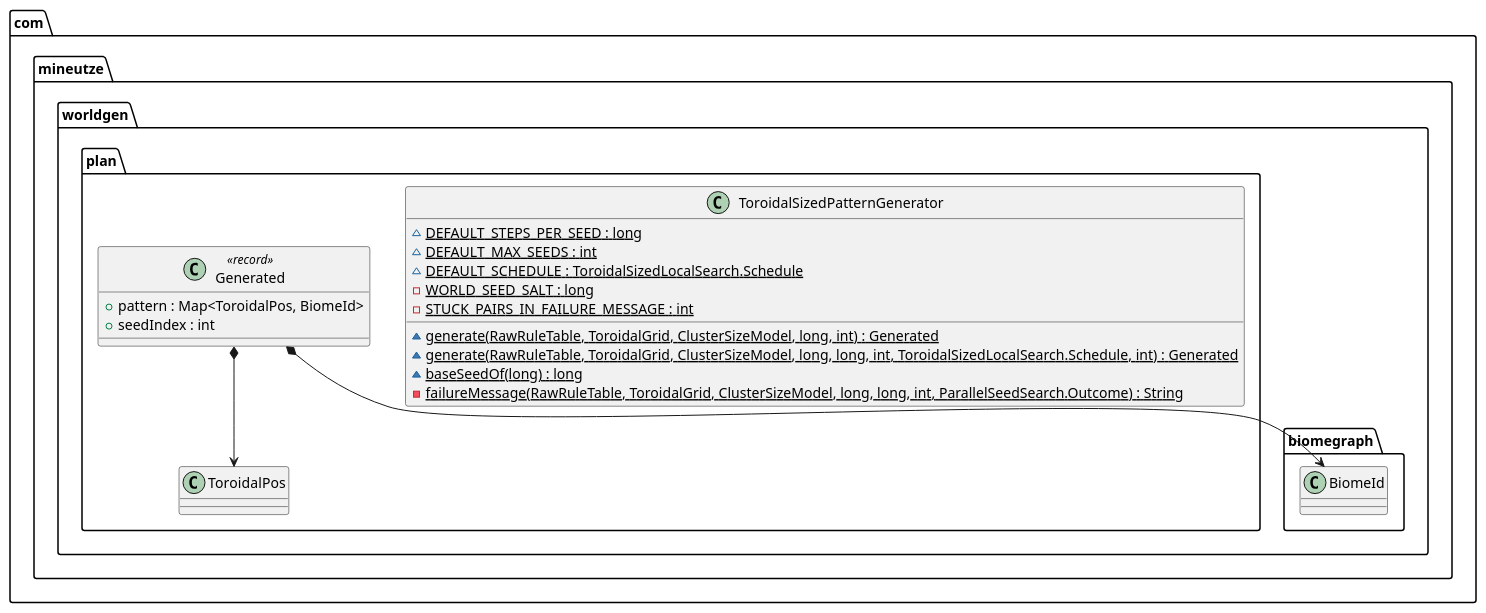
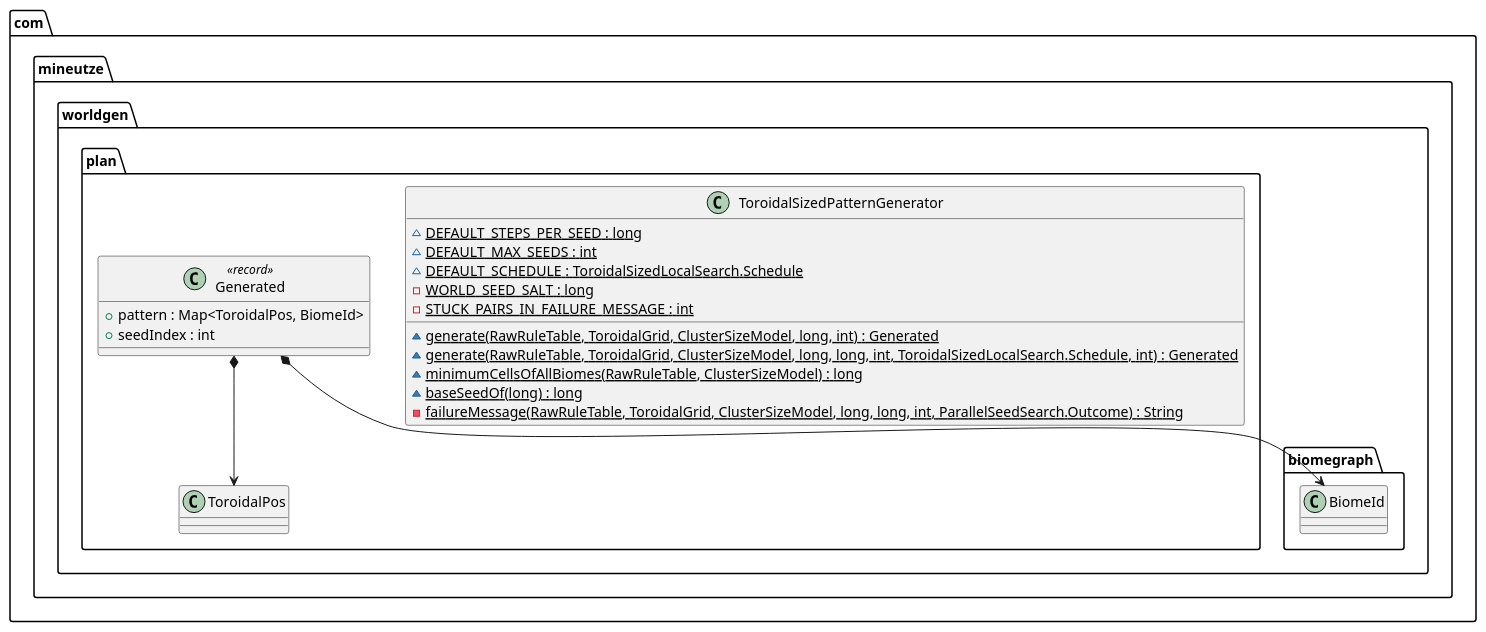
The diagram in companion-mods/mineutze-worldgen/doc/Modelisation/Fragments/com/mineutze/worldgen/plan/ToroidalSizedPatternGenerator.puml (Boulede987/Mine-Utz), drawn with PlantUML before and after one commit. The commit also changed 117 other files, not shown here.

First line of the commit message:
docs(worldgen): regenerate class diagrams from current code

```diff
--- a/companion-mods/mineutze-worldgen/doc/Modelisation/Fragments/com/mineutze/worldgen/plan/ToroidalSizedPatternGenerator.puml
+++ b/companion-mods/mineutze-worldgen/doc/Modelisation/Fragments/com/mineutze/worldgen/plan/ToroidalSizedPatternGenerator.puml
@@ -1,20 +1,21 @@
 namespace com.mineutze.worldgen.plan {
 class ToroidalSizedPatternGenerator {
   ~ {static} DEFAULT_STEPS_PER_SEED : long
   ~ {static} DEFAULT_MAX_SEEDS : int
   ~ {static} DEFAULT_SCHEDULE : ToroidalSizedLocalSearch.Schedule
   - {static} WORLD_SEED_SALT : long
   - {static} STUCK_PAIRS_IN_FAILURE_MESSAGE : int
   ~ {static} generate(RawRuleTable, ToroidalGrid, ClusterSizeModel, long, int) : Generated
   ~ {static} generate(RawRuleTable, ToroidalGrid, ClusterSizeModel, long, long, int, ToroidalSizedLocalSearch.Schedule, int) : Generated
+  ~ {static} minimumCellsOfAllBiomes(RawRuleTable, ClusterSizeModel) : long
   ~ {static} baseSeedOf(long) : long
   - {static} failureMessage(RawRuleTable, ToroidalGrid, ClusterSizeModel, long, long, int, ParallelSeedSearch.Outcome) : String
 }
 class Generated <<record>> {
   + pattern : Map<ToroidalPos, BiomeId>
   + seedIndex : int
 }
 }
 
 com.mineutze.worldgen.plan.Generated *--> com.mineutze.worldgen.biomegraph.BiomeId
 com.mineutze.worldgen.plan.Generated *--> com.mineutze.worldgen.plan.ToroidalPos
```
